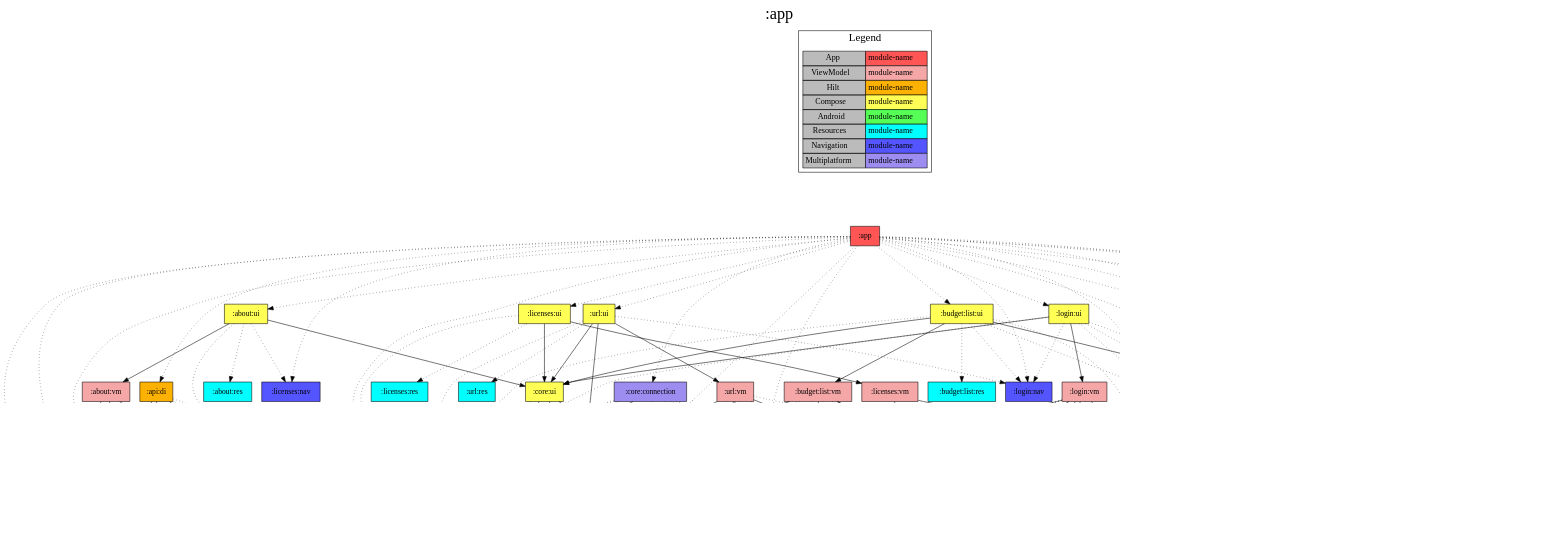
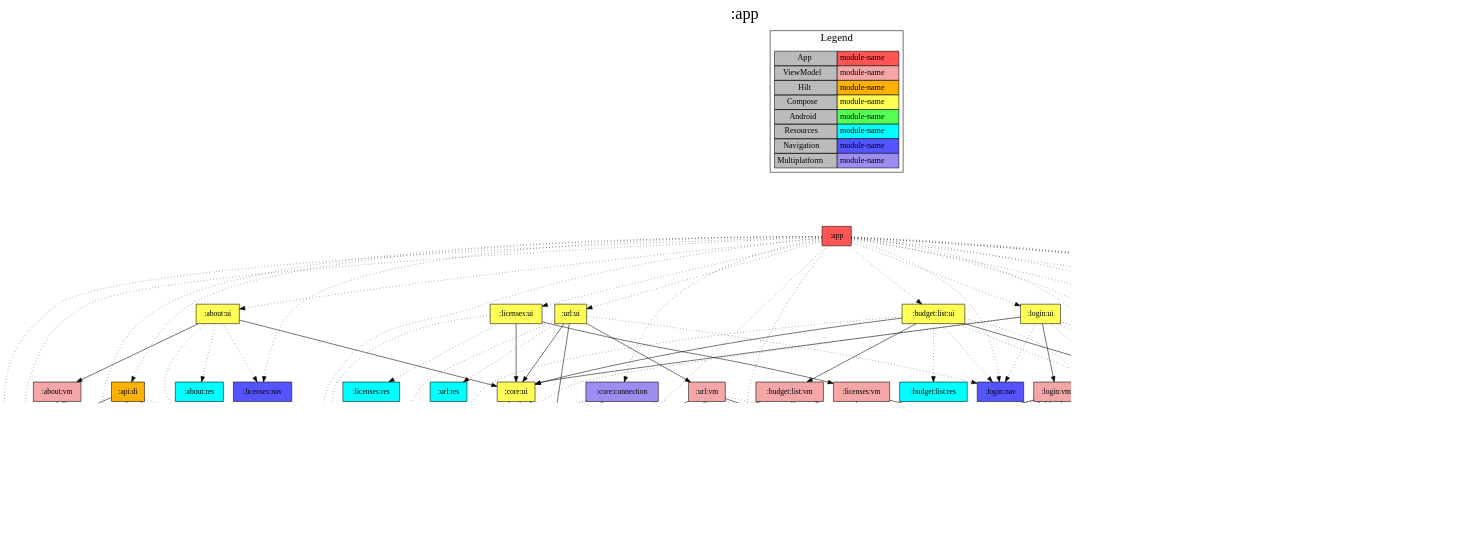
Before and after one commit to jonapoul/aktual: the diagram in app/project-dependency-graph.dot, drawn with Graphviz. The commit also changed 61 other files, not shown here.

```diff
--- a/app/project-dependency-graph.dot
+++ b/app/project-dependency-graph.dot
@@ -1,189 +1,193 @@
 digraph {
 edge ["dir"="forward"]
 graph ["dpi"="100","label"=":app","labelloc"="t","fontsize"="30","ranksep"="1.5","rankdir"="TB"]
 node ["style"="filled"]
 ":app" ["shape"="box","fillcolor"="#FF5555"]
 ":about:data" ["fillcolor"="#9D8DF1","shape"="box"]
 ":api:github" ["fillcolor"="#9D8DF1","shape"="box"]
 ":core:buildconfig" ["fillcolor"="#9D8DF1","shape"="box"]
 ":core:coroutines" ["fillcolor"="#9D8DF1","shape"="box"]
 ":about:nav" ["fillcolor"="#5555FF","shape"="box"]
 ":about:ui" ["fillcolor"="#FFFF55","shape"="box"]
 ":about:vm" ["fillcolor"="#F5A6A6","shape"="box"]
 ":core:log" ["fillcolor"="#9D8DF1","shape"="box"]
 ":core:ui" ["fillcolor"="#FFFF55","shape"="box"]
 ":core:colorscheme" ["fillcolor"="#9D8DF1","shape"="box"]
 ":core:versions" ["fillcolor"="#9D8DF1","shape"="box"]
 ":url:model" ["fillcolor"="#9D8DF1","shape"="box"]
 ":core:res" ["fillcolor"="#00FFFF","shape"="box"]
 ":about:res" ["fillcolor"="#00FFFF","shape"="box"]
 ":licenses:nav" ["fillcolor"="#5555FF","shape"="box"]
 ":api:core" ["fillcolor"="#9D8DF1","shape"="box"]
 ":api:di" ["fillcolor"="#FCB103","shape"="box"]
 ":budget:list:nav" ["fillcolor"="#5555FF","shape"="box"]
 ":login:model" ["fillcolor"="#9D8DF1","shape"="box"]
 ":budget:list:ui" ["fillcolor"="#FFFF55","shape"="box"]
 ":budget:list:vm" ["fillcolor"="#F5A6A6","shape"="box"]
 ":api:actual" ["fillcolor"="#9D8DF1","shape"="box"]
 ":url:prefs" ["fillcolor"="#9D8DF1","shape"="box"]
 ":budget:list:res" ["fillcolor"="#00FFFF","shape"="box"]
 ":login:nav" ["fillcolor"="#5555FF","shape"="box"]
 ":url:nav" ["fillcolor"="#5555FF","shape"="box"]
 ":core:connection" ["fillcolor"="#9D8DF1","shape"="box"]
 ":core:di" ["fillcolor"="#FCB103","shape"="box"]
 ":db:di" ["fillcolor"="#FCB103","shape"="box"]
+":db:api" ["fillcolor"="#9D8DF1","shape"="box"]
+":budget:model" ["fillcolor"="#9D8DF1","shape"="box"]
 ":db:impl" ["fillcolor"="#9D8DF1","shape"="box"]
-":budget:model" ["fillcolor"="#9D8DF1","shape"="box"]
 ":licenses:data" ["fillcolor"="#9D8DF1","shape"="box"]
 ":licenses:di" ["fillcolor"="#FCB103","shape"="box"]
 ":licenses:ui" ["fillcolor"="#FFFF55","shape"="box"]
 ":licenses:vm" ["fillcolor"="#F5A6A6","shape"="box"]
 ":licenses:res" ["fillcolor"="#00FFFF","shape"="box"]
 ":login:prefs" ["fillcolor"="#9D8DF1","shape"="box"]
 ":login:ui" ["fillcolor"="#FFFF55","shape"="box"]
 ":login:vm" ["fillcolor"="#F5A6A6","shape"="box"]
 ":login:res" ["fillcolor"="#00FFFF","shape"="box"]
 ":url:ui" ["fillcolor"="#FFFF55","shape"="box"]
 ":url:vm" ["fillcolor"="#F5A6A6","shape"="box"]
 ":url:res" ["fillcolor"="#00FFFF","shape"="box"]
 {
 edge ["dir"="none"]
 graph ["rank"="same"]
 ":app"
 }
 ":app" -> ":about:data" ["style"="dotted"]
 ":app" -> ":about:nav" ["style"="dotted"]
 ":app" -> ":about:ui" ["style"="dotted"]
 ":app" -> ":api:core" ["style"="dotted"]
 ":app" -> ":api:di" ["style"="dotted"]
 ":app" -> ":budget:list:nav" ["style"="dotted"]
 ":app" -> ":budget:list:ui" ["style"="dotted"]
 ":app" -> ":core:buildconfig" ["style"="dotted"]
 ":app" -> ":core:colorscheme" ["style"="dotted"]
 ":app" -> ":core:connection" ["style"="dotted"]
 ":app" -> ":core:coroutines" ["style"="dotted"]
 ":app" -> ":core:di" ["style"="dotted"]
 ":app" -> ":core:log" ["style"="dotted"]
 ":app" -> ":db:di" ["style"="dotted"]
 ":app" -> ":licenses:data" ["style"="dotted"]
 ":app" -> ":licenses:di" ["style"="dotted"]
 ":app" -> ":licenses:nav" ["style"="dotted"]
 ":app" -> ":licenses:ui" ["style"="dotted"]
 ":app" -> ":login:nav" ["style"="dotted"]
 ":app" -> ":login:prefs" ["style"="dotted"]
 ":app" -> ":login:ui" ["style"="dotted"]
 ":app" -> ":url:nav" ["style"="dotted"]
 ":app" -> ":url:prefs" ["style"="dotted"]
 ":app" -> ":url:ui" ["style"="dotted"]
 ":about:data" -> ":api:github"
 ":about:data" -> ":core:buildconfig"
 ":about:data" -> ":core:coroutines"
 ":about:ui" -> ":about:vm"
 ":about:ui" -> ":core:ui"
 ":about:ui" -> ":about:res" ["style"="dotted"]
 ":about:ui" -> ":core:res" ["style"="dotted"]
 ":about:ui" -> ":licenses:nav" ["style"="dotted"]
 ":about:vm" -> ":about:data"
 ":about:vm" -> ":core:buildconfig"
 ":about:vm" -> ":core:log"
 ":core:ui" -> ":core:colorscheme"
 ":core:ui" -> ":core:versions"
 ":core:ui" -> ":url:model"
 ":core:ui" -> ":core:res" ["style"="dotted"]
 ":core:versions" -> ":core:buildconfig"
 ":api:core" -> ":core:log"
 ":api:core" -> ":url:model"
 ":api:di" -> ":api:github"
 ":api:di" -> ":core:buildconfig"
 ":api:di" -> ":core:log"
 ":api:di" -> ":api:core" ["style"="dotted"]
 ":api:di" -> ":url:model" ["style"="dotted"]
 ":budget:list:nav" -> ":login:model"
 ":budget:list:ui" -> ":budget:list:nav"
 ":budget:list:ui" -> ":budget:list:vm"
 ":budget:list:ui" -> ":core:ui"
 ":budget:list:ui" -> ":budget:list:res" ["style"="dotted"]
 ":budget:list:ui" -> ":core:res" ["style"="dotted"]
 ":budget:list:ui" -> ":login:model" ["style"="dotted"]
 ":budget:list:ui" -> ":login:nav" ["style"="dotted"]
 ":budget:list:ui" -> ":url:nav" ["style"="dotted"]
 ":budget:list:vm" -> ":core:colorscheme"
 ":budget:list:vm" -> ":core:coroutines"
 ":budget:list:vm" -> ":core:log"
 ":budget:list:vm" -> ":url:model"
 ":budget:list:vm" -> ":api:actual" ["style"="dotted"]
 ":budget:list:vm" -> ":core:versions" ["style"="dotted"]
 ":budget:list:vm" -> ":login:model" ["style"="dotted"]
 ":budget:list:vm" -> ":url:prefs" ["style"="dotted"]
 ":api:actual" -> ":login:model"
 ":api:actual" -> ":url:model"
 ":url:prefs" -> ":url:model"
 ":core:connection" -> ":core:buildconfig"
 ":core:connection" -> ":api:actual" ["style"="dotted"]
 ":core:connection" -> ":api:core" ["style"="dotted"]
 ":core:connection" -> ":core:coroutines" ["style"="dotted"]
 ":core:connection" -> ":core:log" ["style"="dotted"]
 ":core:connection" -> ":core:versions" ["style"="dotted"]
 ":core:connection" -> ":url:model" ["style"="dotted"]
 ":core:connection" -> ":url:prefs" ["style"="dotted"]
 ":core:di" -> ":core:coroutines"
 ":core:di" -> ":core:log"
 ":db:di" -> ":core:coroutines"
+":db:di" -> ":db:api"
 ":db:di" -> ":db:impl"
+":db:api" -> ":budget:model"
 ":db:impl" -> ":budget:model"
+":db:impl" -> ":db:api"
 ":licenses:data" -> ":core:coroutines" ["style"="dotted"]
 ":licenses:di" -> ":licenses:data"
 ":licenses:ui" -> ":core:ui"
 ":licenses:ui" -> ":licenses:vm"
 ":licenses:ui" -> ":core:res" ["style"="dotted"]
 ":licenses:ui" -> ":licenses:res" ["style"="dotted"]
 ":licenses:vm" -> ":core:log"
 ":licenses:vm" -> ":licenses:data"
 ":login:prefs" -> ":login:model"
 ":login:ui" -> ":core:ui"
 ":login:ui" -> ":login:vm"
 ":login:ui" -> ":budget:list:nav" ["style"="dotted"]
 ":login:ui" -> ":core:res" ["style"="dotted"]
 ":login:ui" -> ":login:nav" ["style"="dotted"]
 ":login:ui" -> ":login:res" ["style"="dotted"]
 ":login:ui" -> ":url:nav" ["style"="dotted"]
 ":login:vm" -> ":core:colorscheme"
 ":login:vm" -> ":core:coroutines"
 ":login:vm" -> ":core:log"
 ":login:vm" -> ":login:model"
 ":login:vm" -> ":url:model"
 ":login:vm" -> ":api:actual" ["style"="dotted"]
 ":login:vm" -> ":core:versions" ["style"="dotted"]
 ":login:vm" -> ":login:prefs" ["style"="dotted"]
 ":login:vm" -> ":url:prefs" ["style"="dotted"]
 ":url:ui" -> ":core:colorscheme"
 ":url:ui" -> ":core:ui"
 ":url:ui" -> ":url:vm"
 ":url:ui" -> ":core:res" ["style"="dotted"]
 ":url:ui" -> ":login:nav" ["style"="dotted"]
 ":url:ui" -> ":url:res" ["style"="dotted"]
 ":url:vm" -> ":core:colorscheme"
 ":url:vm" -> ":core:coroutines"
 ":url:vm" -> ":core:log"
 ":url:vm" -> ":url:model"
 ":url:vm" -> ":api:actual" ["style"="dotted"]
 ":url:vm" -> ":core:versions" ["style"="dotted"]
 ":url:vm" -> ":login:prefs" ["style"="dotted"]
 ":url:vm" -> ":url:prefs" ["style"="dotted"]
 subgraph "cluster_legend" {
 edge ["dir"="none"]
 graph ["label"="Legend","fontsize"="20"]
 "Legend" ["style"="filled","fillcolor"="#bbbbbb","shape"="none","margin"="0","fontsize"="15","label"=<
 <TABLE BORDER="0" CELLBORDER="1" CELLSPACING="0" CELLPADDING="4">
 <TR><TD>App</TD><TD BGCOLOR="#FF5555">module-name</TD></TR>
 <TR><TD>ViewModel</TD><TD BGCOLOR="#F5A6A6">module-name</TD></TR>
 <TR><TD>Hilt</TD><TD BGCOLOR="#FCB103">module-name</TD></TR>
 <TR><TD>Compose</TD><TD BGCOLOR="#FFFF55">module-name</TD></TR>
 <TR><TD>Android</TD><TD BGCOLOR="#55FF55">module-name</TD></TR>
 <TR><TD>Resources</TD><TD BGCOLOR="#00FFFF">module-name</TD></TR>
 <TR><TD>Navigation</TD><TD BGCOLOR="#5555FF">module-name</TD></TR>
 <TR><TD>Multiplatform</TD><TD BGCOLOR="#9D8DF1">module-name</TD></TR>
 </TABLE>
 >]
 } -> ":app" ["style"="invis"]
 }
```
